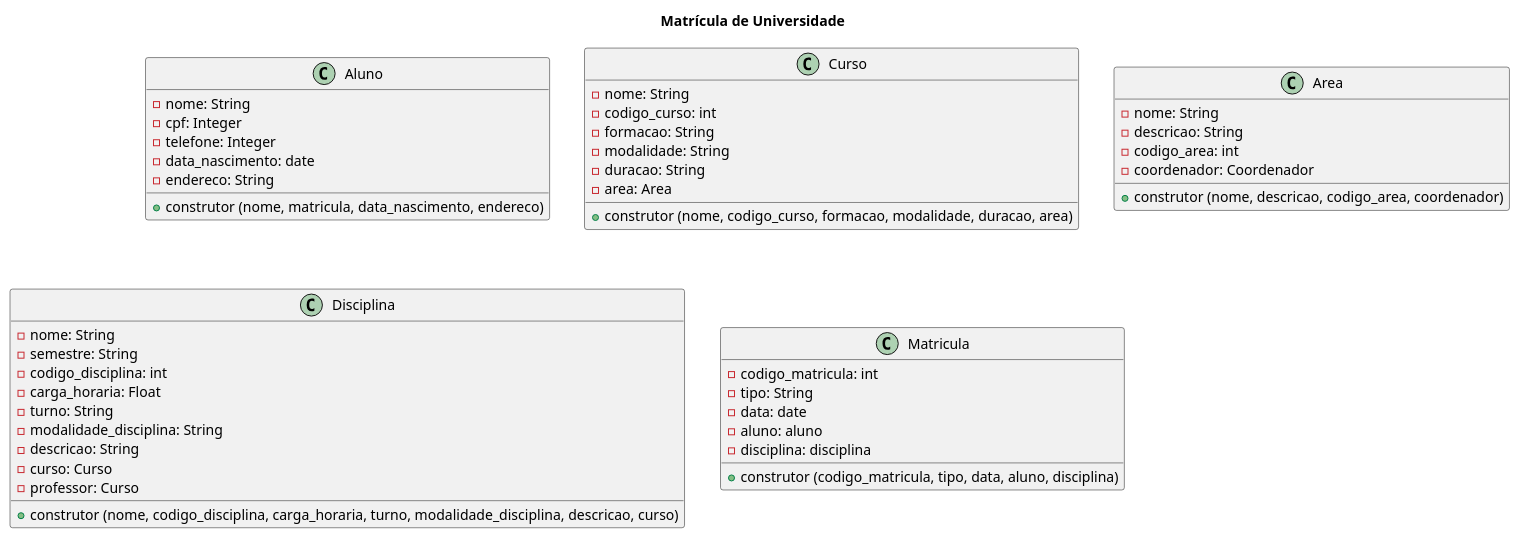
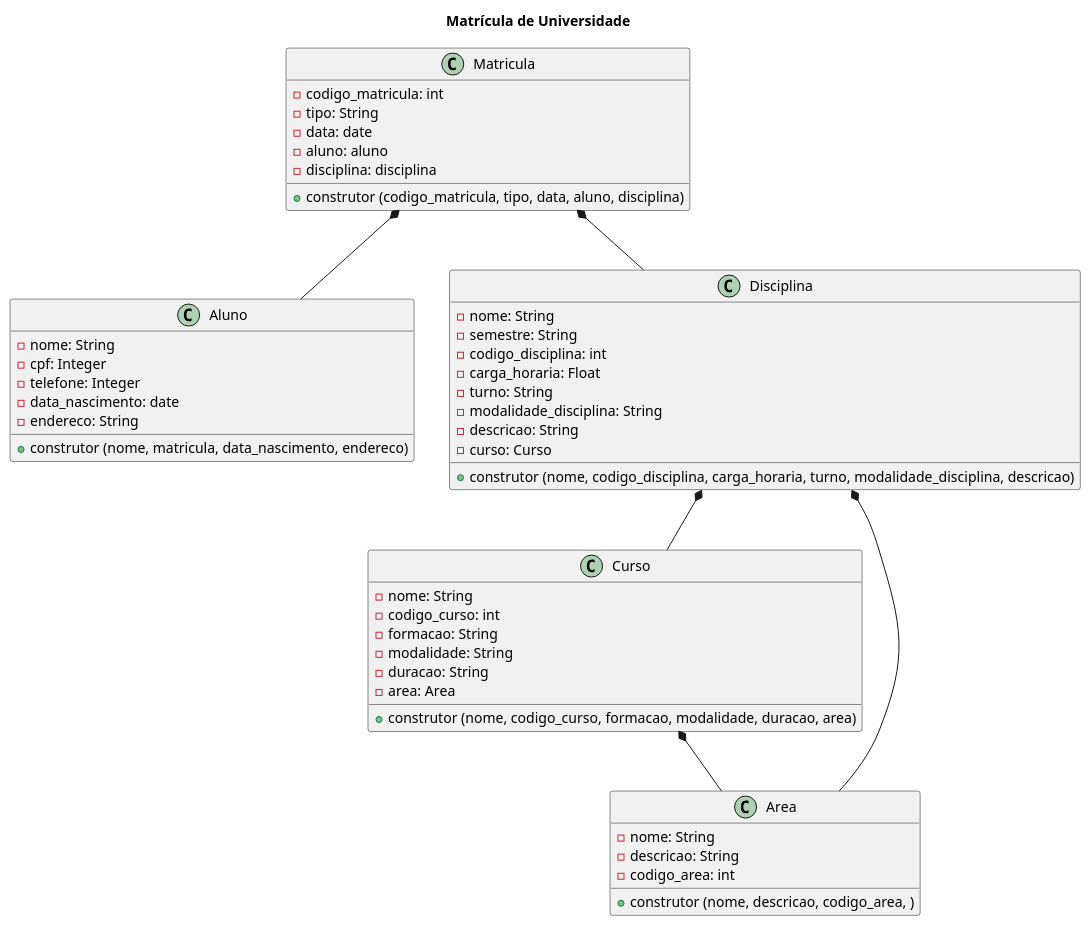
Before and after one commit to anleaes/2022-1-DEV-WEB-02: the diagram in diagrama.plantuml, drawn with PlantUML. The commit also changed 1 other file, not shown here.

```diff
--- a/diagrama.plantuml
+++ b/diagrama.plantuml
@@ -1,54 +1,59 @@
 @startuml universidade
 
 title Matrícula de Universidade
 
 class Aluno{
     - nome: String
     - cpf: Integer
     - telefone: Integer
     - data_nascimento: date
     - endereco: String
     + construtor (nome, matricula, data_nascimento, endereco)
 }
 
 class Curso{
     - nome: String  
     - codigo_curso: int
     - formacao: String
     - modalidade: String
     - duracao: String
     - area: Area
     + construtor (nome, codigo_curso, formacao, modalidade, duracao, area)
 }
 
 class Area{
     - nome: String
     - descricao: String
     - codigo_area: int
-    - coordenador: Coordenador
-    + construtor (nome, descricao, codigo_area, coordenador)
+    + construtor (nome, descricao, codigo_area, )
 }
 
 class Disciplina{
     - nome: String
     - semestre: String
     - codigo_disciplina: int
     - carga_horaria: Float
     - turno: String
     - modalidade_disciplina: String
     - descricao: String
     - curso: Curso
-    - professor: Curso
-    + construtor (nome, codigo_disciplina, carga_horaria, turno, modalidade_disciplina, descricao, curso)
+    + construtor (nome, codigo_disciplina, carga_horaria, turno, modalidade_disciplina, descricao)
 }
 
 class Matricula{
     - codigo_matricula: int
     - tipo: String
     - data: date
     - aluno: aluno
     - disciplina: disciplina
     + construtor (codigo_matricula, tipo, data, aluno, disciplina)
 }
 
+
+Matricula *-- Aluno
+Matricula *-- Disciplina
+Disciplina *-- Curso
+Curso *-- Area
+Disciplina *-- Area
+
 @enduml
```
